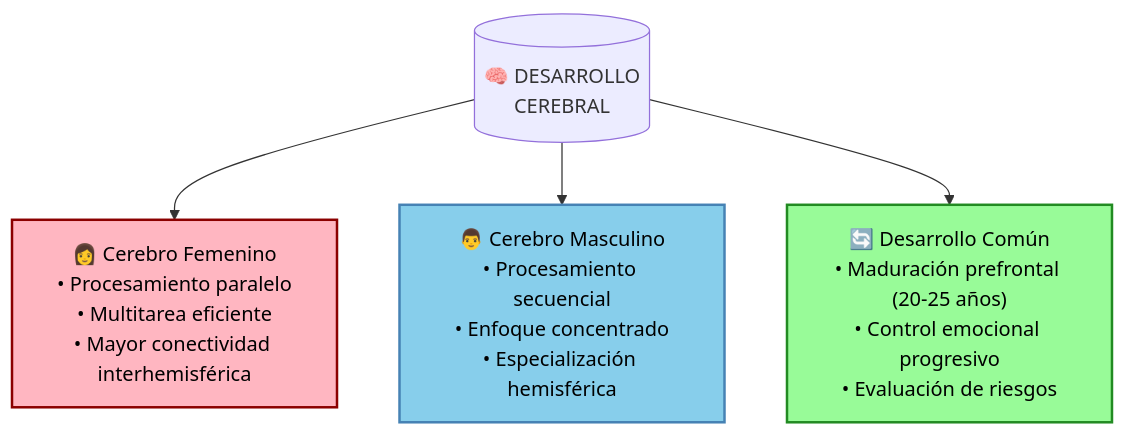
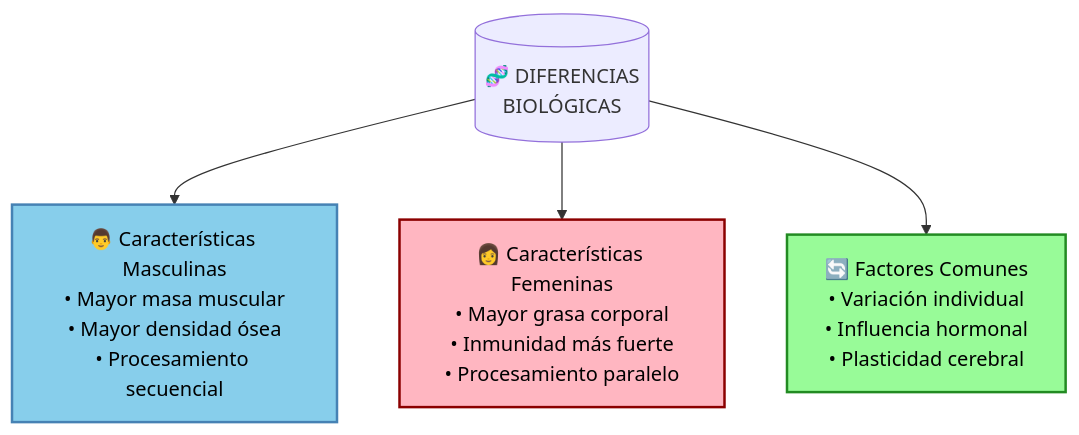
Before and after one commit to ebynnerlys/Repositorio-de-Papers: diagram 12 of 14 in Otros temas/Actualizaciones diarias/Modelo existencial reproductivo.md, drawn with Mermaid. The commit also changed other lines of this file, not shown here.

````diff
--- a/Otros temas/Actualizaciones diarias/Modelo existencial reproductivo.md
+++ b/Otros temas/Actualizaciones diarias/Modelo existencial reproductivo.md
@@ -493,15 +559,15 @@
 ```mermaid
 graph TD
-    classDef fem fill:#FFB6C1,stroke:#8B0000,color:black,stroke-width:2px
-    classDef masc fill:#87CEEB,stroke:#4682B4,color:black,stroke-width:2px
-    classDef desarrollo fill:#98FB98,stroke:#228B22,color:black,stroke-width:2px
+    classDef hombre fill:#87CEEB,stroke:#4682B4,color:black,stroke-width:2px
+    classDef mujer fill:#FFB6C1,stroke:#8B0000,color:black,stroke-width:2px
+    classDef comun fill:#98FB98,stroke:#228B22,color:black,stroke-width:2px
 
-    A[("🧠 DESARROLLO<br/>CEREBRAL")]
-    B["👩 Cerebro Femenino<br/>• Procesamiento paralelo<br/>• Multitarea eficiente<br/>• Mayor conectividad interhemisférica"]:::fem
-    C["👨 Cerebro Masculino<br/>• Procesamiento secuencial<br/>• Enfoque concentrado<br/>• Especialización hemisférica"]:::masc
-    D["🔄 Desarrollo Común<br/>• Maduración prefrontal (20-25 años)<br/>• Control emocional progresivo<br/>• Evaluación de riesgos"]:::desarrollo
+    A[("🧬 DIFERENCIAS<br/>BIOLÓGICAS")]
+    B["👨 Características Masculinas<br/>• Mayor masa muscular<br/>• Mayor densidad ósea<br/>• Procesamiento secuencial"]:::hombre
+    C["👩 Características Femeninas<br/>• Mayor grasa corporal<br/>• Inmunidad más fuerte<br/>• Procesamiento paralelo"]:::mujer
+    D["🔄 Factores Comunes<br/>• Variación individual<br/>• Influencia hormonal<br/>• Plasticidad cerebral"]:::comun
 
     A --> B
     A --> C
     A --> D
 ```
````
